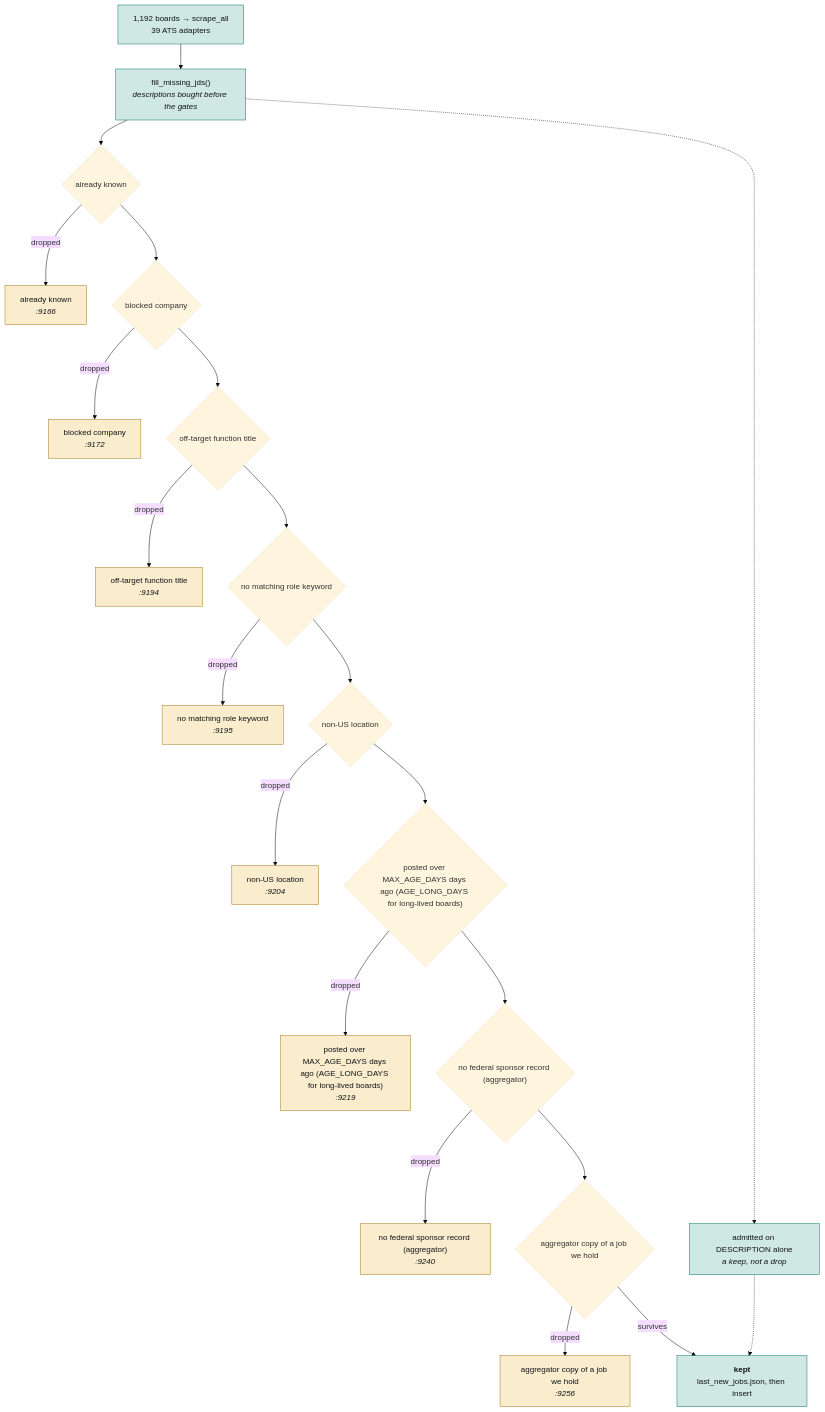
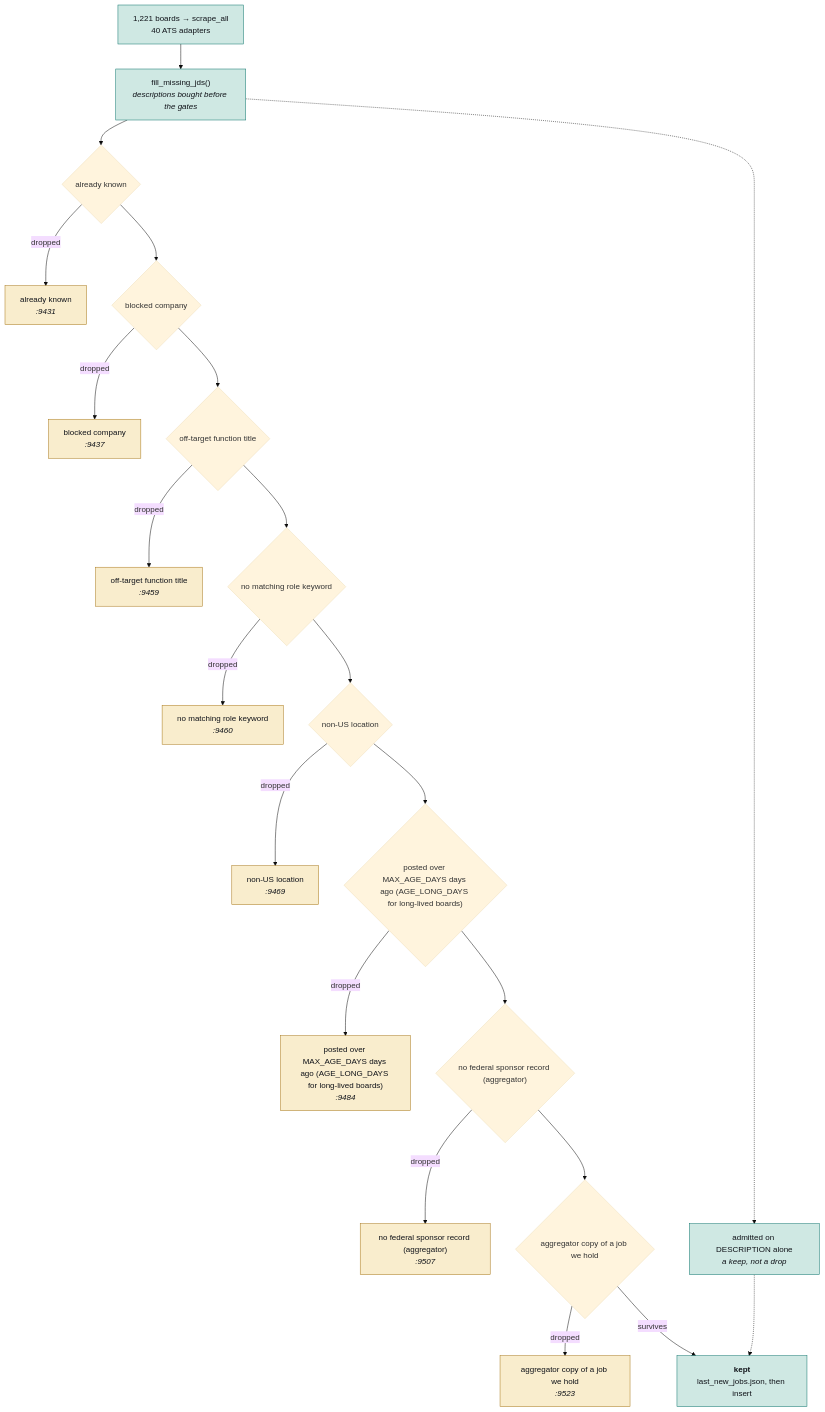
Before and after one commit to hadakunal909-debug/job-search-tool: the second of 4 diagrams in JobMatch Scraper/docs/ARCHITECTURE.md, drawn with Mermaid (base theme). The commit also changed other lines of this file and 15 other files, not shown here.

````diff
--- a/JobMatch Scraper/docs/ARCHITECTURE.md
+++ b/JobMatch Scraper/docs/ARCHITECTURE.md
@@ -106,54 +106,54 @@
 ```mermaid
 flowchart TB
-  SRC["1,192 boards → scrape_all<br/>39 ATS adapters"]
+  SRC["1,221 boards → scrape_all<br/>40 ATS adapters"]
   JD["fill_missing_jds()<br/><i>descriptions bought before the gates</i>"]
   SRC --> JD
   G0{"already known"}
-  D0["already known<br/><i>:9166</i>"]
+  D0["already known<br/><i>:9431</i>"]
   JD --> G0
   G0 -->|dropped| D0
   class D0 trap
   G1{"blocked company"}
-  D1["blocked company<br/><i>:9172</i>"]
+  D1["blocked company<br/><i>:9437</i>"]
   G0 --> G1
   G1 -->|dropped| D1
   class D1 trap
   G2{"off-target function title"}
-  D2["off-target function title<br/><i>:9194</i>"]
+  D2["off-target function title<br/><i>:9459</i>"]
   G1 --> G2
   G2 -->|dropped| D2
   class D2 trap
   G3{"no matching role keyword"}
-  D3["no matching role keyword<br/><i>:9195</i>"]
+  D3["no matching role keyword<br/><i>:9460</i>"]
   G2 --> G3
   G3 -->|dropped| D3
   class D3 trap
   G4{"non-US location"}
-  D4["non-US location<br/><i>:9204</i>"]
+  D4["non-US location<br/><i>:9469</i>"]
   G3 --> G4
   G4 -->|dropped| D4
   class D4 trap
   G5{"posted over MAX_AGE_DAYS days ago (AGE_LONG_DAYS for long-lived boards)"}
-  D5["posted over MAX_AGE_DAYS days ago (AGE_LONG_DAYS for long-lived boards)<br/><i>:9219</i>"]
+  D5["posted over MAX_AGE_DAYS days ago (AGE_LONG_DAYS for long-lived boards)<br/><i>:9484</i>"]
   G4 --> G5
   G5 -->|dropped| D5
   class D5 trap
   G6{"no federal sponsor record (aggregator)"}
-  D6["no federal sponsor record (aggregator)<br/><i>:9240</i>"]
+  D6["no federal sponsor record (aggregator)<br/><i>:9507</i>"]
   G5 --> G6
   G6 -->|dropped| D6
   class D6 trap
   G7{"aggregator copy of a job we hold"}
-  D7["aggregator copy of a job we hold<br/><i>:9256</i>"]
+  D7["aggregator copy of a job we hold<br/><i>:9523</i>"]
   G6 --> G7
   G7 -->|dropped| D7
   class D7 trap
   KEEP["<b>kept</b><br/>last_new_jobs.json, then insert"]
   G7 -->|survives| KEEP
   RESCUE["admitted on DESCRIPTION alone<br/><i>a keep, not a drop</i>"]
   JD -.-> RESCUE
   RESCUE -.-> KEEP
   classDef trap fill:#f9edcd,stroke:#a8781a,color:#101319
   classDef sched fill:#cfe8e3,stroke:#0f766e,color:#101319
   class SRC,JD,KEEP,RESCUE sched
 ```
````
